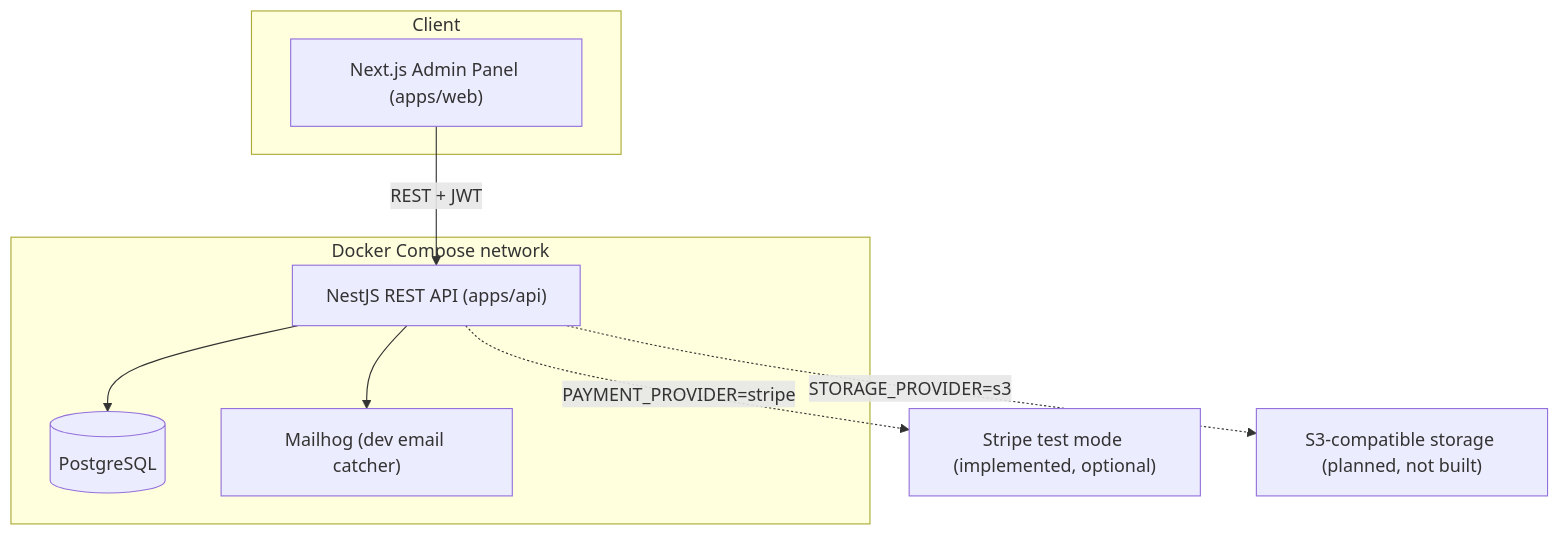
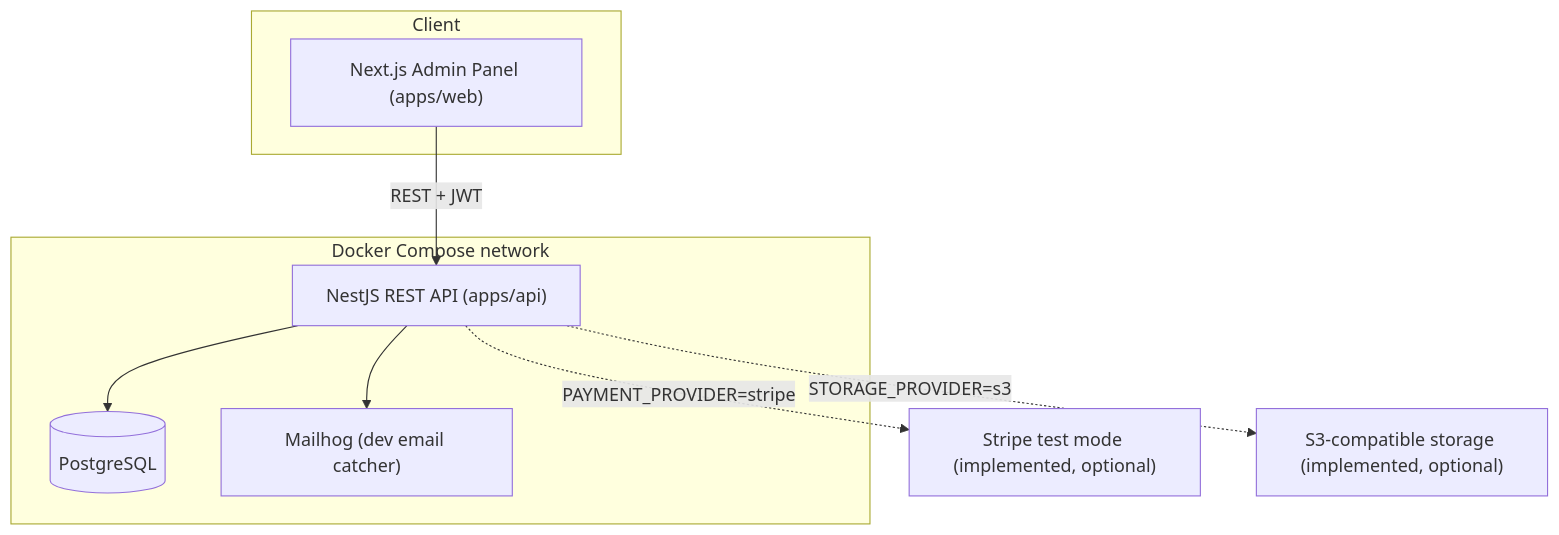
One commit to MajidLabs/store-management-saas changed the first of 2 diagrams in docs/ARCHITECTURE.md. Above: the diagram before and after it, drawn with Mermaid. The commit also changed other lines of this file and 3 other files, not shown here.

Commit message:
docs: unify ARCHITECTURE.md, fix stale CI/CD and SMTP claims

````diff
--- a/docs/ARCHITECTURE.md
+++ b/docs/ARCHITECTURE.md
@@ -42,19 +42,19 @@
 ```mermaid
 flowchart TB
     subgraph Client
         Web["Next.js Admin Panel (apps/web)"]
     end
     subgraph Compose["Docker Compose network"]
         API["NestJS REST API (apps/api)"]
         DB[(PostgreSQL)]
         Mail["Mailhog (dev email catcher)"]
     end
     Stripe["Stripe test mode (implemented, optional)"]
-    S3["S3-compatible storage (planned, not built)"]
+    S3["S3-compatible storage (implemented, optional)"]
 
     Web -->|REST + JWT| API
     API --> DB
     API --> Mail
     API -.->|PAYMENT_PROVIDER=stripe| Stripe
     API -.->|STORAGE_PROVIDER=s3| S3
 ```
````
